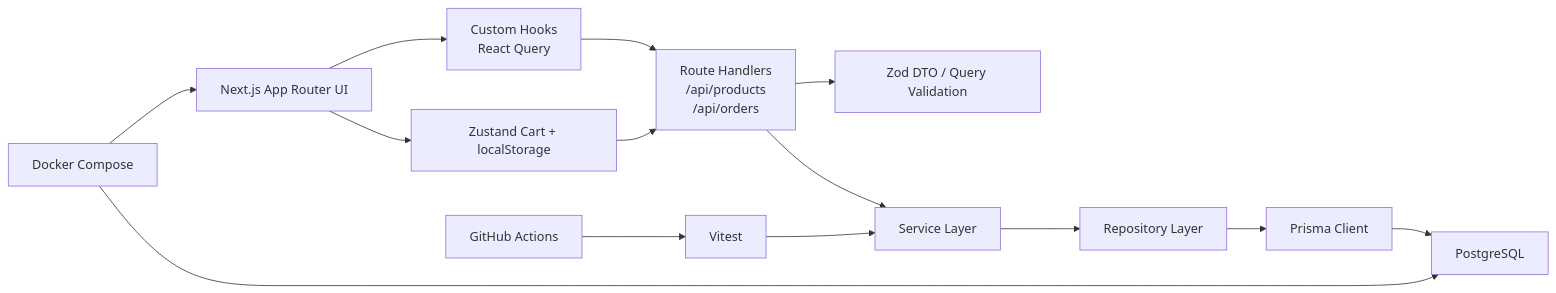
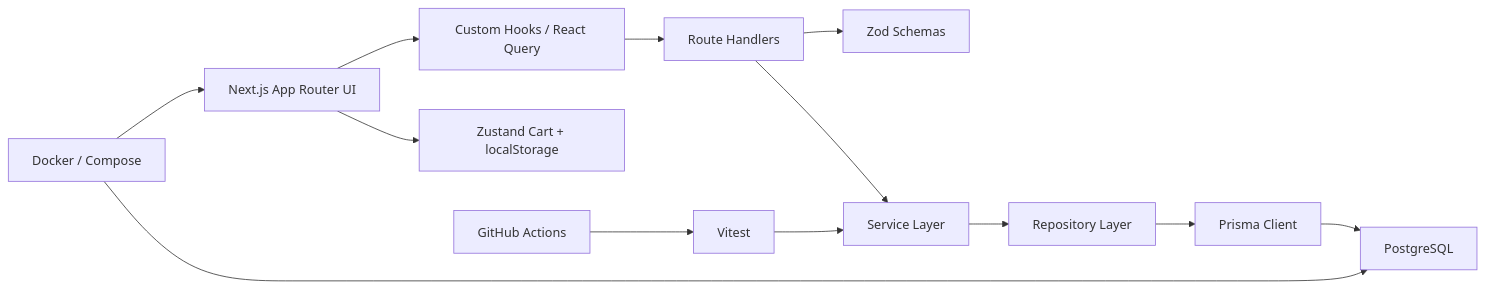
The diagram in README.md (SamWang3047/EMarket), drawn with Mermaid before and after one commit. The commit also changed other lines of this file and 2 other files, not shown here.

````diff
--- a/README.md
+++ b/README.md
@@ -78,18 +112,16 @@
 ```mermaid
 flowchart LR
-    UI["Next.js App Router UI"] --> HOOKS["Custom Hooks<br/>React Query"]
-    HOOKS --> API["Route Handlers<br/>/api/products<br/>/api/orders"]
-    API --> SCHEMA["Zod DTO / Query Validation"]
+    UI["Next.js App Router UI"] --> HOOKS["Custom Hooks / React Query"]
+    UI --> CART["Zustand Cart + localStorage"]
+    HOOKS --> API["Route Handlers"]
+    API --> VALIDATION["Zod Schemas"]
     API --> SERVICE["Service Layer"]
     SERVICE --> REPO["Repository Layer"]
     REPO --> PRISMA["Prisma Client"]
     PRISMA --> DB["PostgreSQL"]
 
-    UI --> CART["Zustand Cart + localStorage"]
-    CART --> API
-
-    TEST["Vitest"] --> SERVICE
-    CI["GitHub Actions"] --> TEST
-    DOCKER["Docker Compose"] --> DB
+    TESTS["Vitest"] --> SERVICE
+    CI["GitHub Actions"] --> TESTS
+    DOCKER["Docker / Compose"] --> DB
     DOCKER --> UI
 ```
````
